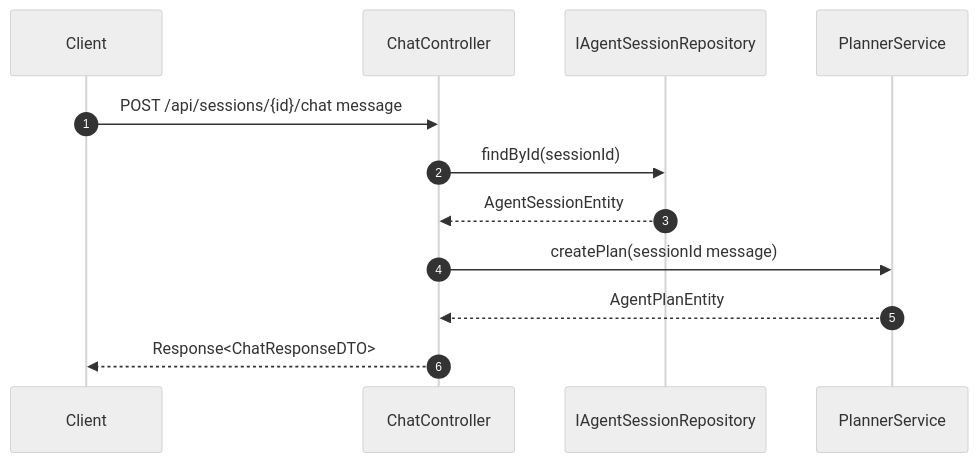
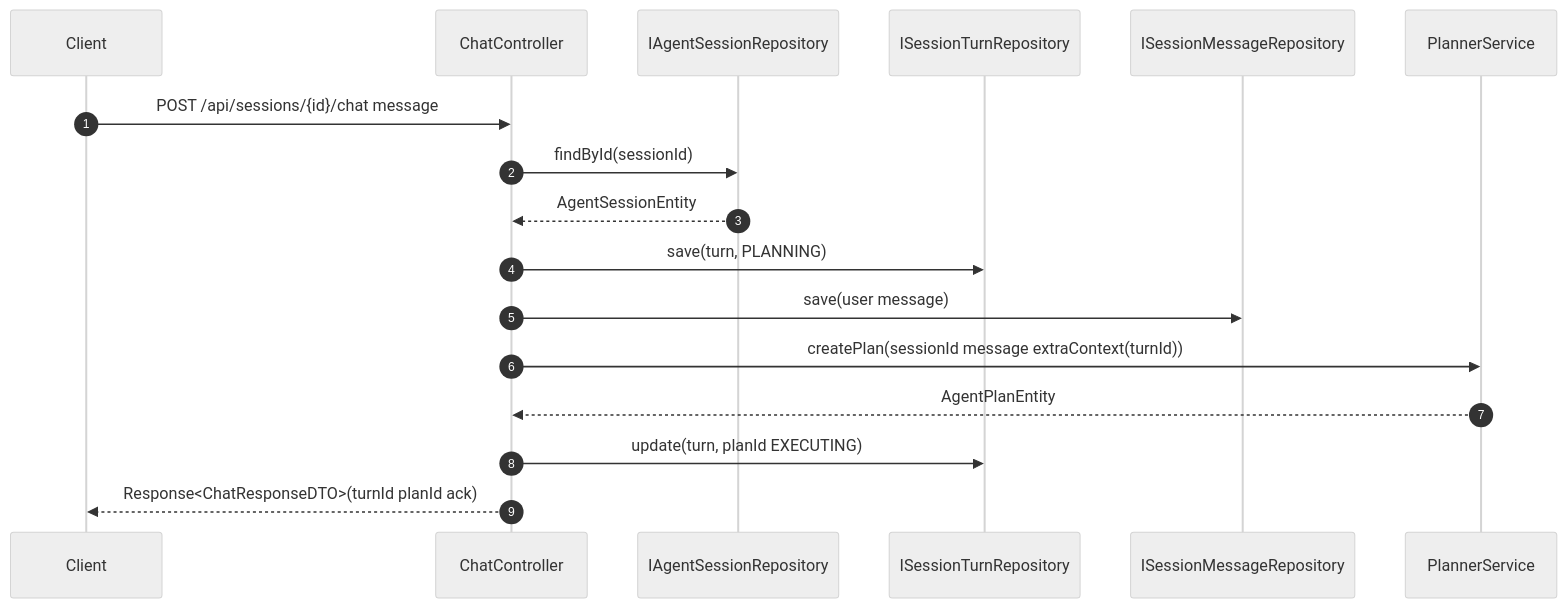
The second of 2 diagrams in docs/design/01-session-and-chat.md (letmetocode/agent), drawn with Mermaid (neutral theme) before and after one commit. The commit also changed other lines of this file and 115 other files, not shown here.

````diff
--- a/docs/design/01-session-and-chat.md
+++ b/docs/design/01-session-and-chat.md
@@ -38,14 +51,19 @@
 ```mermaid
 sequenceDiagram
     autonumber
     participant C as Client
     participant HC as ChatController
     participant SR as IAgentSessionRepository
+    participant TR as ISessionTurnRepository
+    participant MR as ISessionMessageRepository
     participant PS as PlannerService
     C->>HC: POST /api/sessions/{id}/chat message
     HC->>SR: findById(sessionId)
     SR-->>HC: AgentSessionEntity
-    HC->>PS: createPlan(sessionId message)
+    HC->>TR: save(turn, PLANNING)
+    HC->>MR: save(user message)
+    HC->>PS: createPlan(sessionId message extraContext(turnId))
     PS-->>HC: AgentPlanEntity
-    HC-->>C: Response<ChatResponseDTO>
+    HC->>TR: update(turn, planId EXECUTING)
+    HC-->>C: Response<ChatResponseDTO>(turnId planId ack)
 ```
````
